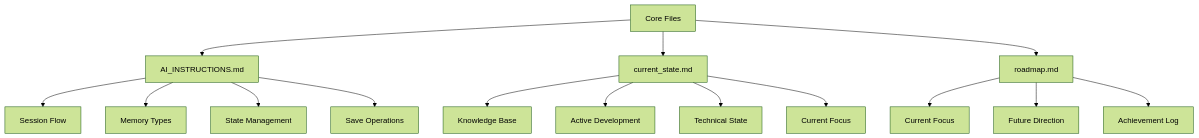
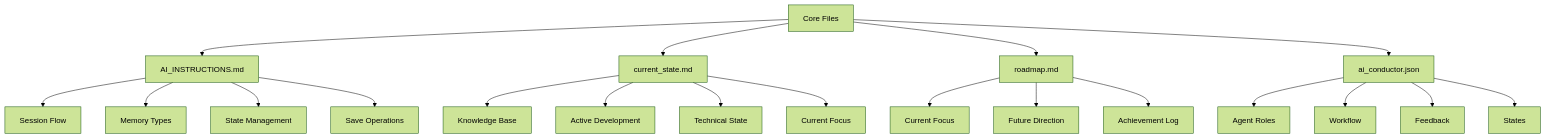
One commit to FixingPixels/Aegis changed the first of 6 diagrams in docs/core_files.md. Above: the diagram before and after it, drawn with Mermaid (forest theme). The commit also changed other lines of this file and 19 other files, not shown here.

````diff
--- a/docs/core_files.md
+++ b/docs/core_files.md
@@ -14,20 +15,26 @@
 ```mermaid
 graph TD
     A[Core Files] --> B[AI_INSTRUCTIONS.md]
     A --> C[current_state.md]
     A --> D[roadmap.md]
+    A --> E[ai_conductor.json]
     
     B --> B1[Session Flow]
     B --> B2[Memory Types]
     B --> B3[State Management]
     B --> B4[Save Operations]
     
     C --> C1[Knowledge Base]
     C --> C2[Active Development]
     C --> C3[Technical State]
     C --> C4[Current Focus]
     
     D --> D1[Current Focus]
     D --> D2[Future Direction]
     D --> D3[Achievement Log]
+    
+    E --> E1[Agent Roles]
+    E --> E2[Workflow]
+    E --> E3[Feedback]
+    E --> E4[States]
 ```
````
